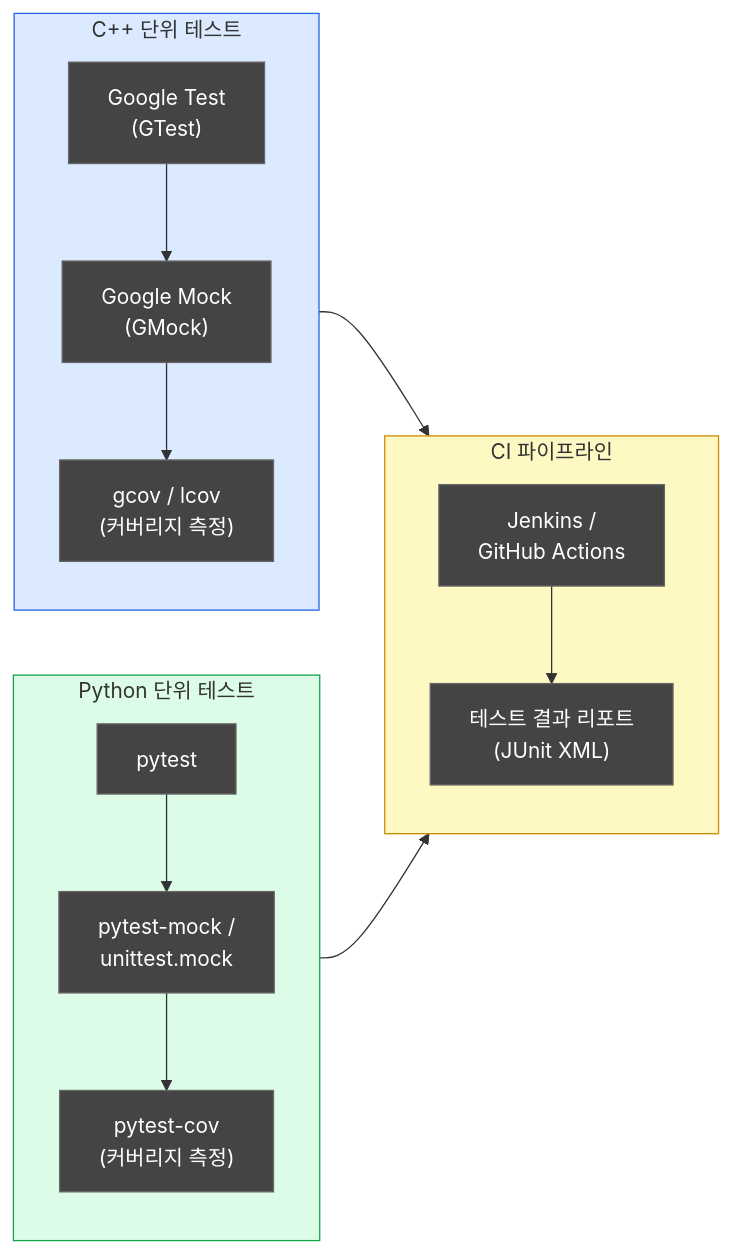
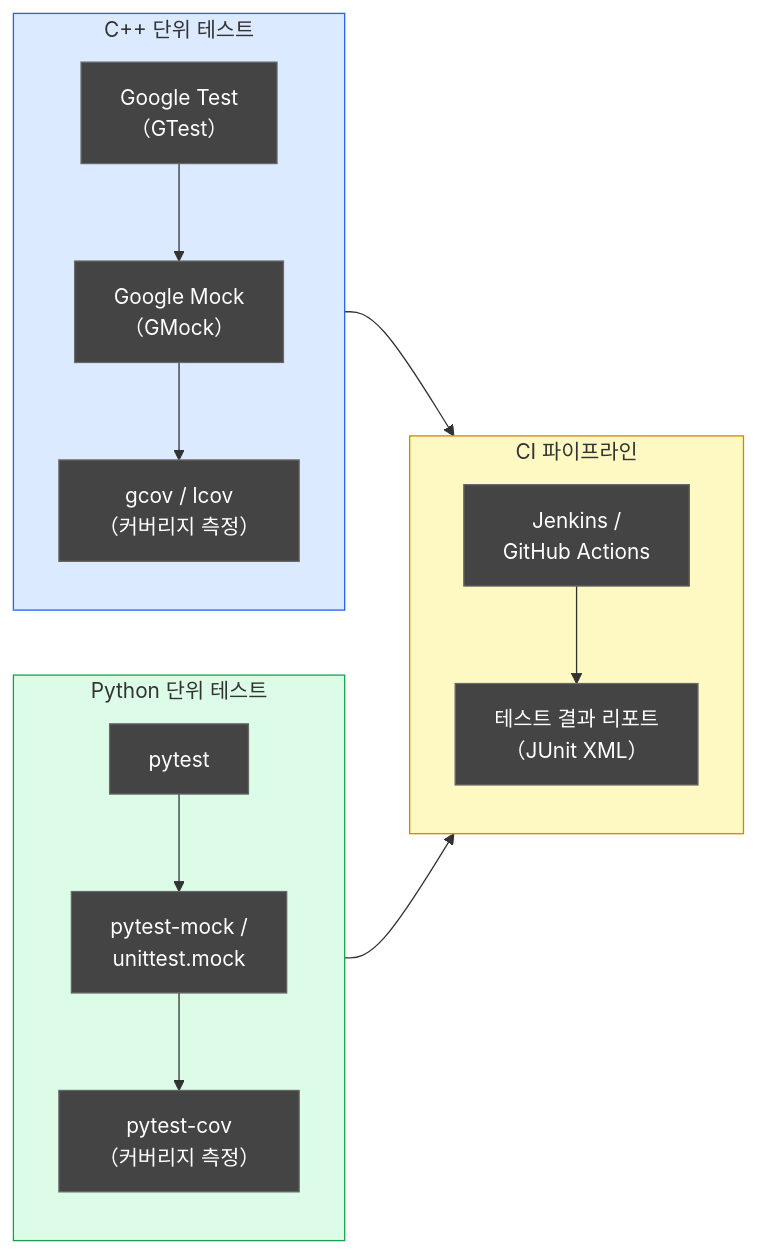
The fourth of 11 diagrams in docs/verification/DOC-011_VV_Master_Plan_v1.0.md (holee9/console-gui), drawn with Mermaid before and after one commit. The commit also changed other lines of this file and 22 other files, not shown here.

First line of the commit message:
fix: Mermaid flowchart 노드 내 괄호 파싱 오류 전면 수정

````diff
--- a/docs/verification/DOC-011_VV_Master_Plan_v1.0.md
+++ b/docs/verification/DOC-011_VV_Master_Plan_v1.0.md
@@ -295,32 +295,32 @@
 ```mermaid
 flowchart LR
     classDef default fill:#444,stroke:#666,color:#fff
     subgraph CPP["C++ 단위 테스트"]
-        GT["Google Test\n(GTest)"]
-        GM["Google Mock\n(GMock)"]
-        GC["gcov / lcov\n(커버리지 측정)"]
+        GT["Google Test\n（GTest）"]
+        GM["Google Mock\n（GMock）"]
+        GC["gcov / lcov\n（커버리지 측정）"]
         GT --> GM
         GM --> GC
     end
 
     subgraph PY["Python 단위 테스트"]
         PT["pytest"]
         PMK["pytest-mock /\nunittest.mock"]
-        COV["pytest-cov\n(커버리지 측정)"]
+        COV["pytest-cov\n（커버리지 측정）"]
         PT --> PMK
         PMK --> COV
     end
 
     subgraph CI["CI 파이프라인"]
         JK["Jenkins /\nGitHub Actions"]
-        RP["테스트 결과 리포트\n(JUnit XML)"]
+        RP["테스트 결과 리포트\n（JUnit XML）"]
         JK --> RP
     end
 
     CPP --> CI
     PY --> CI
 
     style CPP fill:#dbeafe,stroke:#2563eb
     style PY fill:#dcfce7,stroke:#16a34a
     style CI fill:#fef9c3,stroke:#ca8a04
 ```
````
